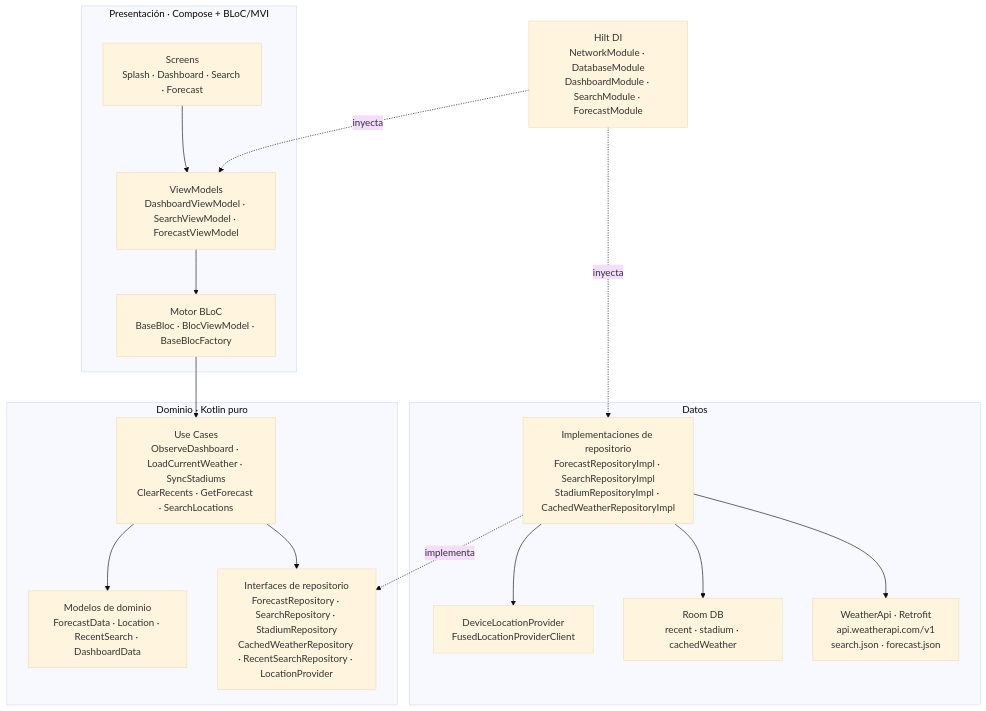
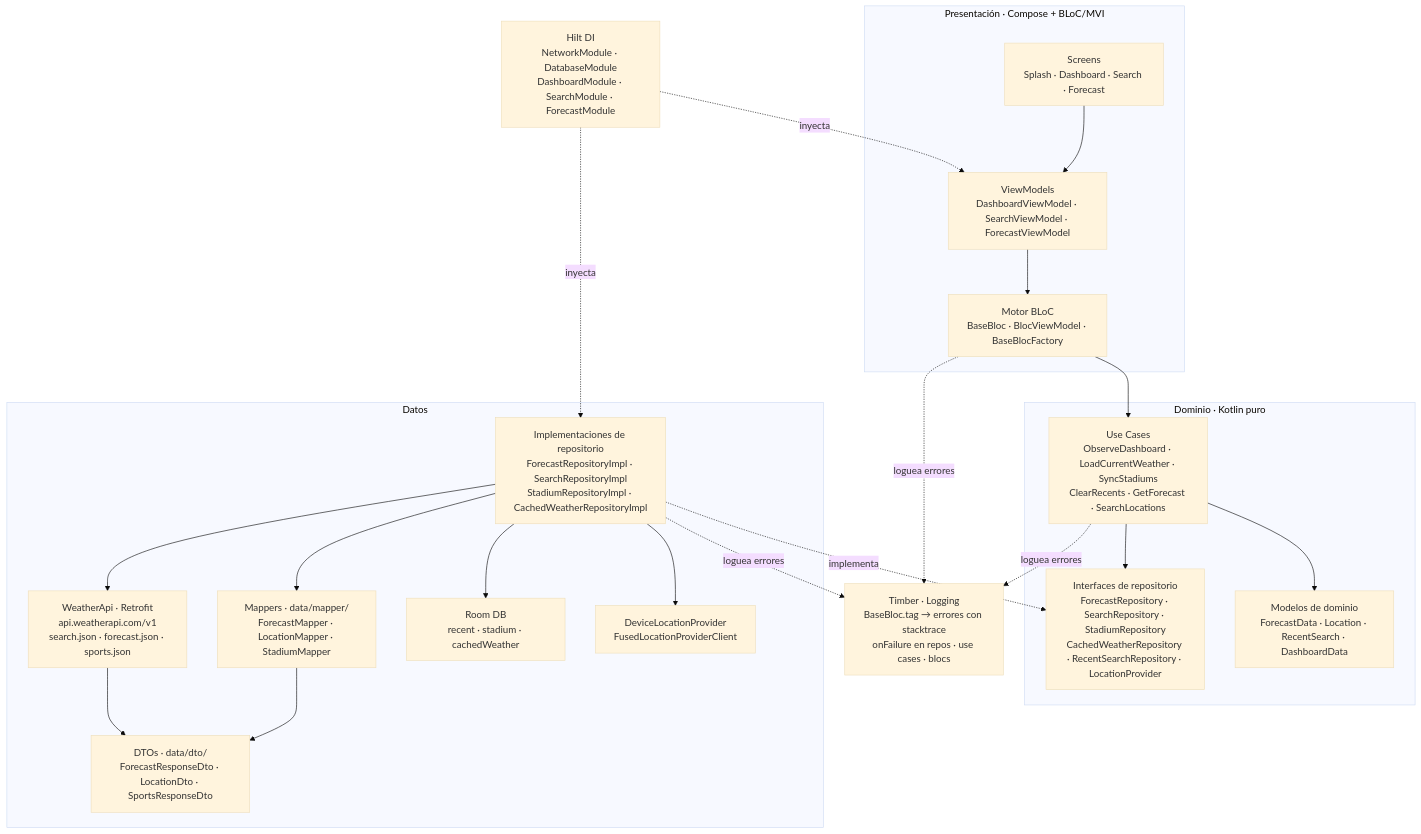
One commit to FranciscoMontufar28/Weather changed the first of 2 diagrams in README.md. Above: the diagram before and after it, drawn with Mermaid (base theme). The commit also changed other lines of this file and 17 other files, not shown here.

First line of the commit message:
feat: integrate Timber, extract mappers to dto/mapper layers, update README

````diff
--- a/README.md
+++ b/README.md
@@ -97,34 +103,42 @@
 ```mermaid
 flowchart TD
     subgraph PRES["Presentación · Compose + BLoC/MVI"]
         UI["Screens<br/>Splash · Dashboard · Search · Forecast"]
         VM["ViewModels<br/>DashboardViewModel · SearchViewModel · ForecastViewModel"]
         BLOC["Motor BLoC<br/>BaseBloc · BlocViewModel · BaseBlocFactory"]
         UI --> VM --> BLOC
     end
 
     subgraph DOM["Dominio · Kotlin puro"]
         UC["Use Cases<br/>ObserveDashboard · LoadCurrentWeather · SyncStadiums<br/>ClearRecents · GetForecast · SearchLocations"]
         REPOI["Interfaces de repositorio<br/>ForecastRepository · SearchRepository · StadiumRepository<br/>CachedWeatherRepository · RecentSearchRepository · LocationProvider"]
         MODEL["Modelos de dominio<br/>ForecastData · Location · RecentSearch · DashboardData"]
         UC --> REPOI
         UC --> MODEL
     end
 
     subgraph DATA["Datos"]
         REPO["Implementaciones de repositorio<br/>ForecastRepositoryImpl · SearchRepositoryImpl<br/>StadiumRepositoryImpl · CachedWeatherRepositoryImpl"]
-        API["WeatherApi · Retrofit<br/>api.weatherapi.com/v1<br/>search.json · forecast.json"]
+        MAP["Mappers · data/mapper/<br/>ForecastMapper · LocationMapper · StadiumMapper"]
+        DTO["DTOs · data/dto/<br/>ForecastResponseDto · LocationDto · SportsResponseDto"]
+        API["WeatherApi · Retrofit<br/>api.weatherapi.com/v1<br/>search.json · forecast.json · sports.json"]
         ROOM["Room DB<br/>recent · stadium · cachedWeather"]
         LOC["DeviceLocationProvider<br/>FusedLocationProviderClient"]
-        REPO --> API
+        REPO --> MAP --> DTO
+        REPO --> API --> DTO
         REPO --> ROOM
         REPO --> LOC
     end
 
     BLOC --> UC
     REPO -. implementa .-> REPOI
 
     HILT["Hilt DI<br/>NetworkModule · DatabaseModule<br/>DashboardModule · SearchModule · ForecastModule"]
     HILT -. inyecta .-> VM
     HILT -. inyecta .-> REPO
+
+    LOG["Timber · Logging<br/>BaseBloc.tag → errores con stacktrace<br/>onFailure en repos · use cases · blocs"]
+    BLOC -. loguea errores .-> LOG
+    REPO -. loguea errores .-> LOG
+    UC -. loguea errores .-> LOG
 ```
````
